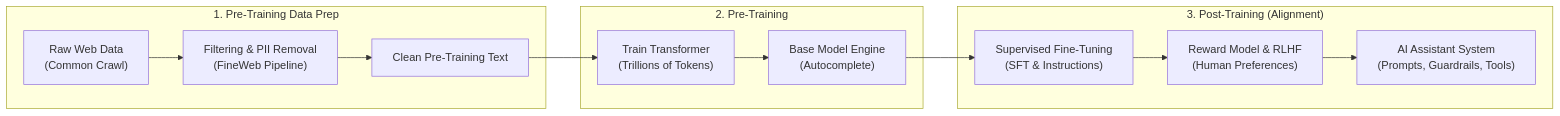
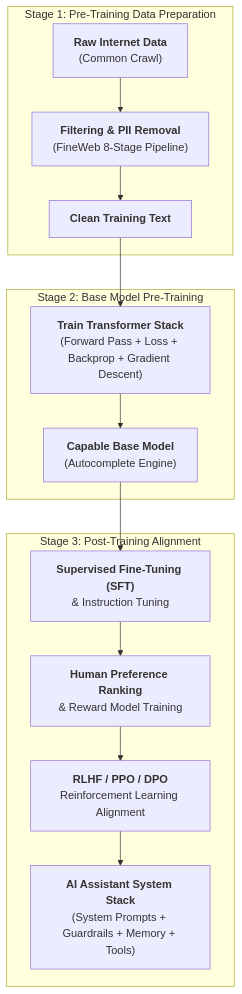
The first of 5 diagrams in Nameste-AI/Season_01/07_From_a_Base_Model_to_an_AI_Assistant.md (Nishant8826/theory-leaning), drawn with Mermaid before and after one commit. The commit also changed other lines of this file and 7 other files, not shown here.

````diff
--- a/Nameste-AI/Season_01/07_From_a_Base_Model_to_an_AI_Assistant.md
+++ b/Nameste-AI/Season_01/07_From_a_Base_Model_to_an_AI_Assistant.md
@@ -52,18 +53,19 @@
 ```mermaid
-flowchart LR
-    subgraph STAGE1 ["1. Pre-Training Data Prep"]
-    A["Raw Web Data\n(Common Crawl)"] --> B["Filtering & PII Removal\n(FineWeb Pipeline)"]
-    B --> C["Clean Pre-Training Text"]
+flowchart TD
+    subgraph STAGE1 ["Stage 1: Pre-Training Data Preparation"]
+    A["<b>Raw Internet Data</b><br/>(Common Crawl)"] --> B["<b>Filtering & PII Removal</b><br/>(FineWeb 8-Stage Pipeline)"]
+    B --> C["<b>Clean Training Text</b>"]
     end
-    
-    subgraph STAGE2 ["2. Pre-Training"]
-    C --> D["Train Transformer\n(Trillions of Tokens)"]
-    D --> E["Base Model Engine\n(Autocomplete)"]
+
+    subgraph STAGE2 ["Stage 2: Base Model Pre-Training"]
+    C --> D["<b>Train Transformer Stack</b><br/>(Forward Pass + Loss + Backprop + Gradient Descent)"]
+    D --> E["<b>Capable Base Model</b><br/>(Autocomplete Engine)"]
     end
-    
-    subgraph STAGE3 ["3. Post-Training (Alignment)"]
-    E --> F["Supervised Fine-Tuning\n(SFT & Instructions)"]
-    F --> G["Reward Model & RLHF\n(Human Preferences)"]
-    G --> H["AI Assistant System\n(Prompts, Guardrails, Tools)"]
+
+    subgraph STAGE3 ["Stage 3: Post-Training Alignment"]
+    E --> F["<b>Supervised Fine-Tuning (SFT)</b><br/>& Instruction Tuning"]
+    F --> G["<b>Human Preference Ranking</b><br/>& Reward Model Training"]
+    G --> H["<b>RLHF / PPO / DPO</b><br/>Reinforcement Learning Alignment"]
+    H --> I["<b>AI Assistant System Stack</b><br/>(System Prompts + Guardrails + Memory + Tools)"]
     end
 ```
````
